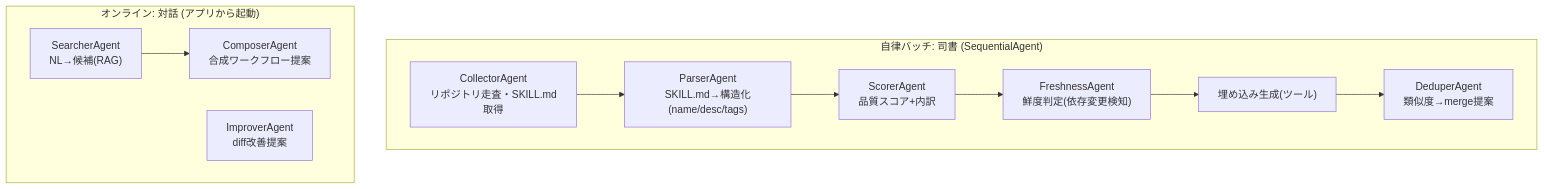
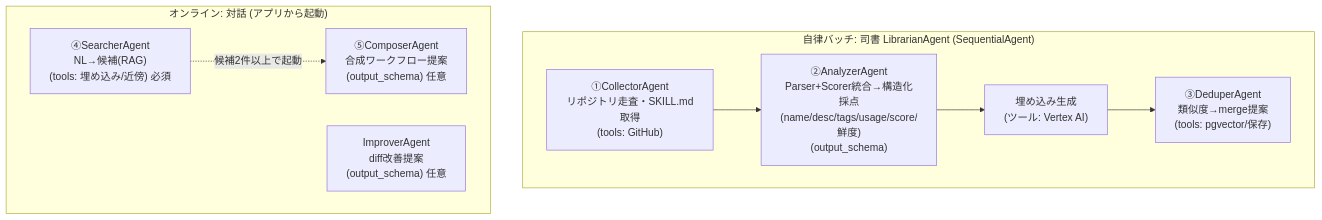
Before and after one commit to t-devops-hackathon-2026/SkillsHub: the seventh of 8 diagrams in DESIGN.md, drawn with Mermaid. The commit also changed other lines of this file and 19 other files, not shown here.

````diff
--- a/DESIGN.md
+++ b/DESIGN.md
@@ -345,19 +347,17 @@
 ```mermaid
 flowchart TB
-    subgraph Offline["自律バッチ: 司書 (SequentialAgent)"]
-        Collector["CollectorAgent<br/>リポジトリ走査・SKILL.md取得"]
-        Parser["ParserAgent<br/>SKILL.md→構造化(name/desc/tags)"]
-        Scorer["ScorerAgent<br/>品質スコア+内訳"]
-        Fresh["FreshnessAgent<br/>鮮度判定(依存変更検知)"]
-        Embed["埋め込み生成(ツール)"]
-        Dedup["DeduperAgent<br/>類似度→merge提案"]
-        Collector --> Parser --> Scorer --> Fresh --> Embed --> Dedup
+    subgraph Offline["自律バッチ: 司書 LibrarianAgent (SequentialAgent)"]
+        Collector["①CollectorAgent<br/>リポジトリ走査・SKILL.md取得<br/>(tools: GitHub)"]
+        Analyzer["②AnalyzerAgent<br/>Parser+Scorer統合→構造化採点<br/>(name/desc/tags/usage/score/鮮度)<br/>(output_schema)"]
+        Embed["埋め込み生成<br/>(ツール: Vertex AI)"]
+        Dedup["③DeduperAgent<br/>類似度→merge提案<br/>(tools: pgvector/保存)"]
+        Collector --> Analyzer --> Embed --> Dedup
     end
 
     subgraph Online["オンライン: 対話 (アプリから起動)"]
-        Searcher["SearcherAgent<br/>NL→候補(RAG)"]
-        Composer["ComposerAgent<br/>合成ワークフロー提案"]
-        Improver["ImproverAgent<br/>diff改善提案"]
-        Searcher --> Composer
+        Searcher["④SearcherAgent<br/>NL→候補(RAG)<br/>(tools: 埋め込み/近傍) 必須"]
+        Composer["⑤ComposerAgent<br/>合成ワークフロー提案<br/>(output_schema) 任意"]
+        Improver["ImproverAgent<br/>diff改善提案<br/>(output_schema) 任意"]
+        Searcher -.候補2件以上で起動.-> Composer
     end
 ```
````
